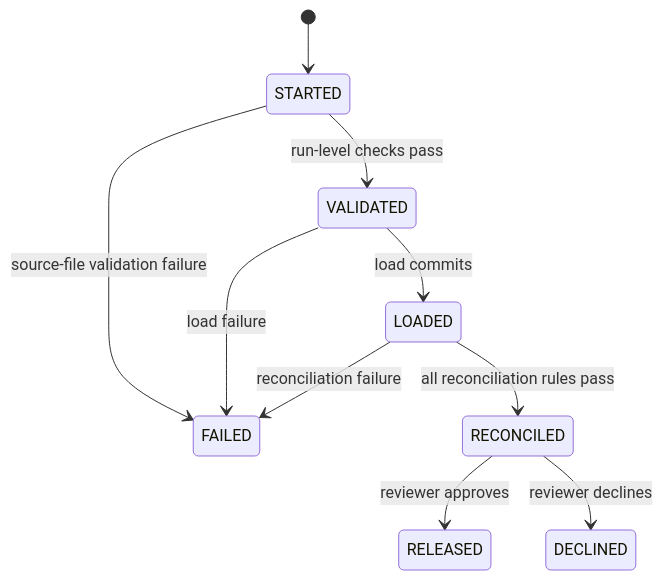
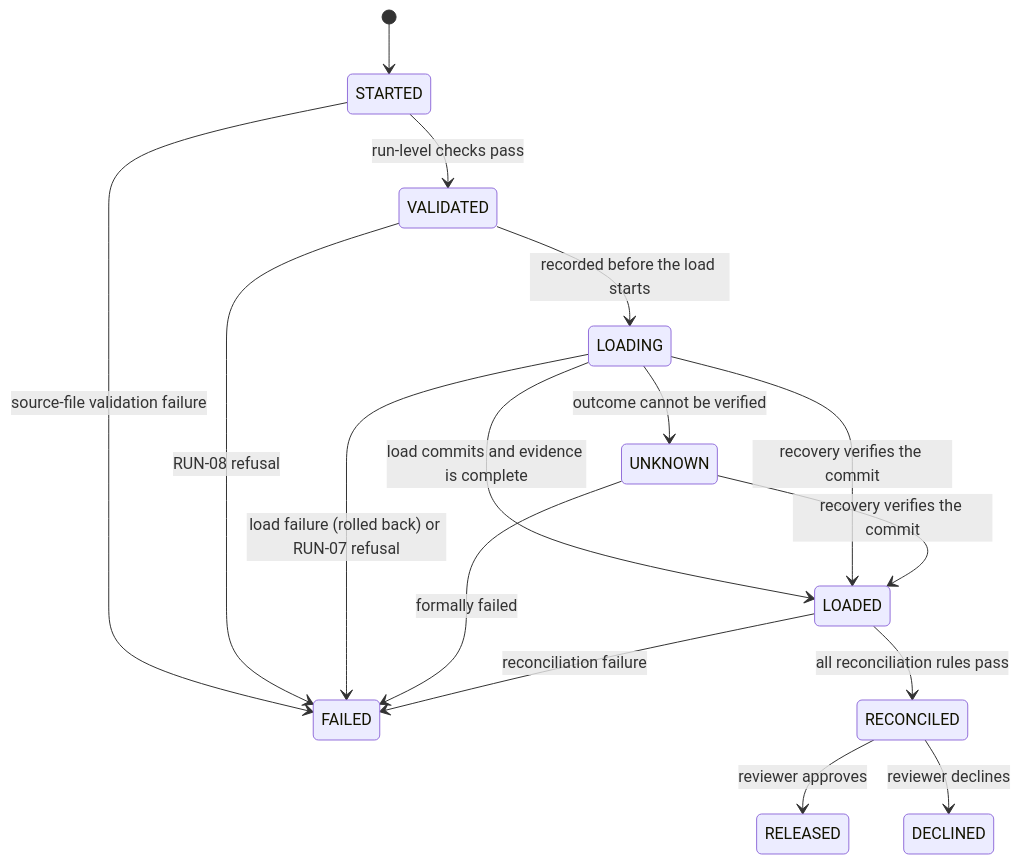
One commit to Quarterican-KJ/loan-origination-conversion-lab changed the second of 3 diagrams in docs/conversion-specification.md. Above: the diagram before and after it, drawn with Mermaid. The commit also changed other lines of this file and 15 other files, not shown here.

Commit message:
Add transactional loan conversion loading and recovery

````diff
--- a/docs/conversion-specification.md
+++ b/docs/conversion-specification.md
@@ -113,12 +118,18 @@
 ```mermaid
 stateDiagram-v2
     [*] --> STARTED
     STARTED --> VALIDATED: run-level checks pass
     STARTED --> FAILED: source-file validation failure
-    VALIDATED --> LOADED: load commits
-    VALIDATED --> FAILED: load failure
+    VALIDATED --> LOADING: recorded before the load starts
+    VALIDATED --> FAILED: RUN-08 refusal
+    LOADING --> LOADED: load commits and evidence is complete
+    LOADING --> FAILED: load failure (rolled back) or RUN-07 refusal
+    LOADING --> UNKNOWN: outcome cannot be verified
+    LOADING --> LOADED: recovery verifies the commit
+    UNKNOWN --> LOADED: recovery verifies the commit
+    UNKNOWN --> FAILED: formally failed
     LOADED --> RECONCILED: all reconciliation rules pass
     LOADED --> FAILED: reconciliation failure
     RECONCILED --> RELEASED: reviewer approves
     RECONCILED --> DECLINED: reviewer declines
 ```
````
